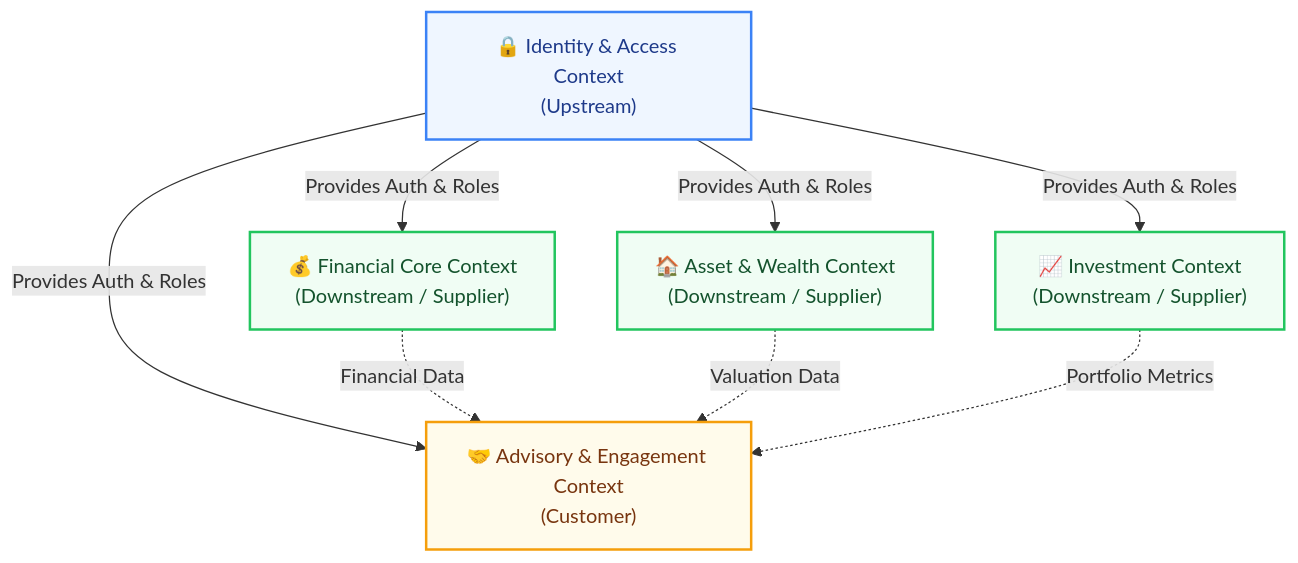
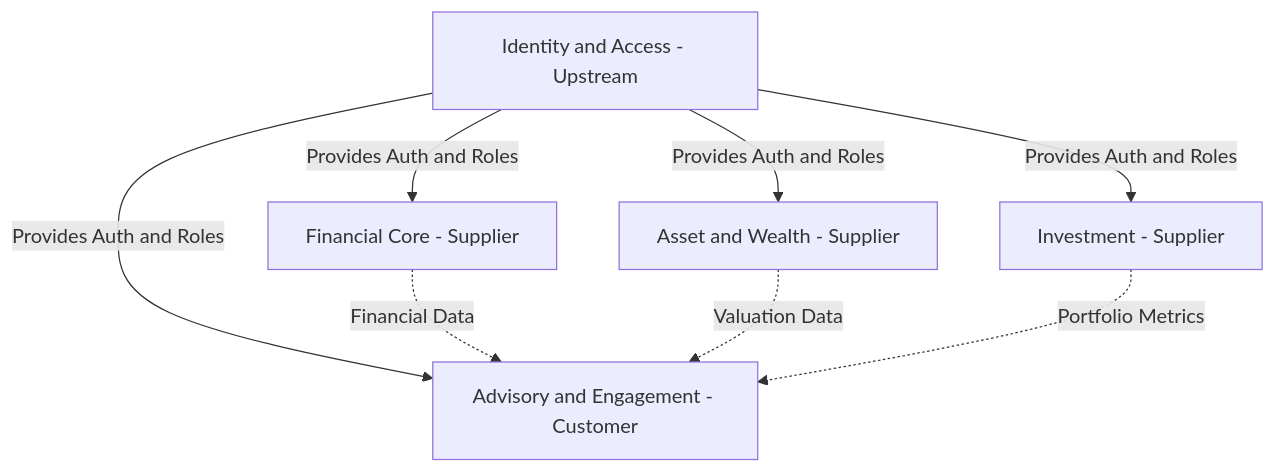
Before and after one commit to Krishna-ctrl1/DRAKZ-1: the second of 2 diagrams in reports/DDD_Architecture_Report.md, drawn with Mermaid. The commit also changed other lines of this file and 1 other file, not shown here.

````diff
--- a/reports/DDD_Architecture_Report.md
+++ b/reports/DDD_Architecture_Report.md
@@ -58,24 +72,17 @@
 ```mermaid
-flowchart TD
-    %% Define styles
-    classDef upstream fill:#eff6ff,stroke:#3b82f6,stroke-width:2px,color:#1e3a8a,border-radius:8px
-    classDef downstream fill:#f0fdf4,stroke:#22c55e,stroke-width:2px,color:#14532d,border-radius:8px
-    classDef consumer fill:#fffbeb,stroke:#f59e0b,stroke-width:2px,color:#78350f,border-radius:8px
+graph TD
+    IAM[Identity and Access - Upstream]
+    FIN[Financial Core - Supplier]
+    AST[Asset and Wealth - Supplier]
+    INV[Investment - Supplier]
+    ADV[Advisory and Engagement - Customer]
 
-    %% Nodes
-    IAM["🔒 Identity & Access Context\n(Upstream)"]:::upstream
-    FIN["💰 Financial Core Context\n(Downstream / Supplier)"]:::downstream
-    AST["🏠 Asset & Wealth Context\n(Downstream / Supplier)"]:::downstream
-    INV["📈 Investment Context\n(Downstream / Supplier)"]:::downstream
-    ADV["🤝 Advisory & Engagement Context\n(Customer)"]:::consumer
-
-    %% Edges
-    IAM -->|Provides Auth & Roles| FIN
-    IAM -->|Provides Auth & Roles| AST
-    IAM -->|Provides Auth & Roles| INV
-    IAM -->|Provides Auth & Roles| ADV
+    IAM -->|Provides Auth and Roles| FIN
+    IAM -->|Provides Auth and Roles| AST
+    IAM -->|Provides Auth and Roles| INV
+    IAM -->|Provides Auth and Roles| ADV
 
     FIN -.->|Financial Data| ADV
     AST -.->|Valuation Data| ADV
     INV -.->|Portfolio Metrics| ADV
 ```
````
